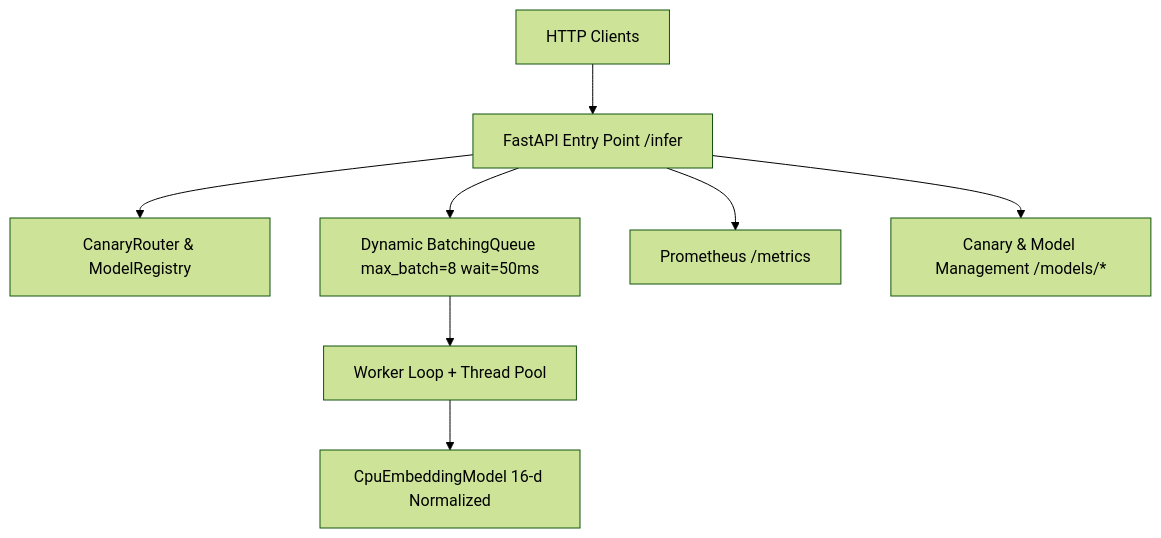
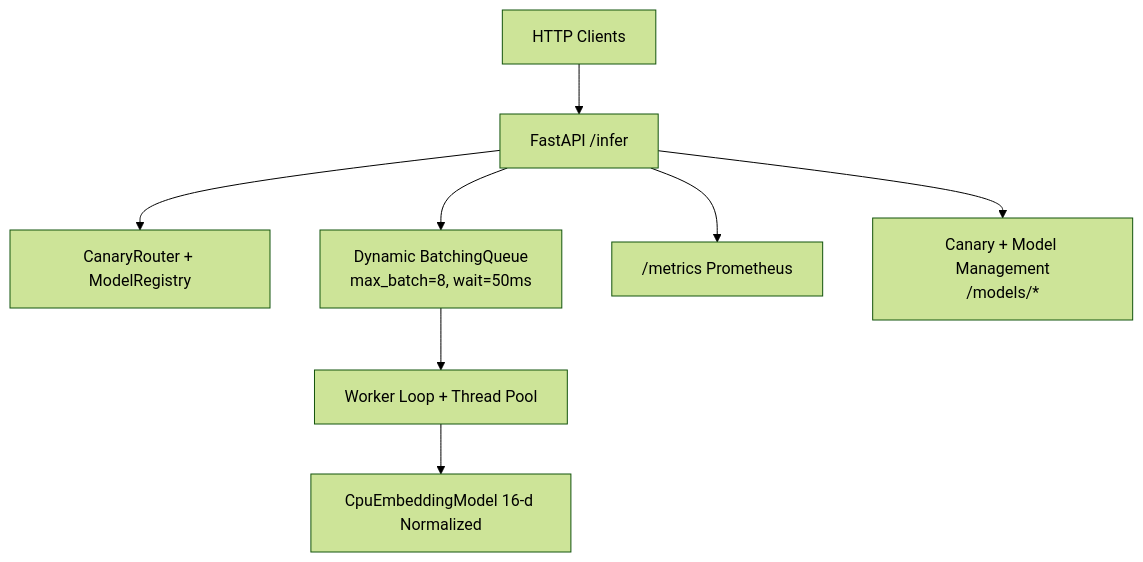
The diagram in README.md (sajid-da/inference-server), drawn with Mermaid (forest theme) before and after one commit.

Commit message:
fix: correct Mermaid diagram node labels for GitHub rendering

````diff
--- a/README.md
+++ b/README.md
@@ -25,10 +25,10 @@
 ```mermaid
 flowchart TD
-  Client[HTTP Clients] --> API[FastAPI Entry Point /infer]
-  API --> Canary[CanaryRouter & ModelRegistry]
-  API --> BatchQueue[Dynamic BatchingQueue max_batch=8 wait=50ms]
-  BatchQueue --> Worker[Worker Loop + Thread Pool]
-  Worker --> Model[CpuEmbeddingModel 16-d Normalized]
-  API --> Metrics[Prometheus /metrics]
-  API --> Admin[Canary & Model Management /models/*]
+  Client["HTTP Clients"] --> API["FastAPI /infer"]
+  API --> Canary["CanaryRouter + ModelRegistry"]
+  API --> BatchQueue["Dynamic BatchingQueue<br/>max_batch=8, wait=50ms"]
+  BatchQueue --> Worker["Worker Loop + Thread Pool"]
+  Worker --> Model["CpuEmbeddingModel 16-d Normalized"]
+  API --> Metrics["/metrics Prometheus"]
+  API --> Admin["Canary + Model Management<br/>/models/*"]
 ```
````
